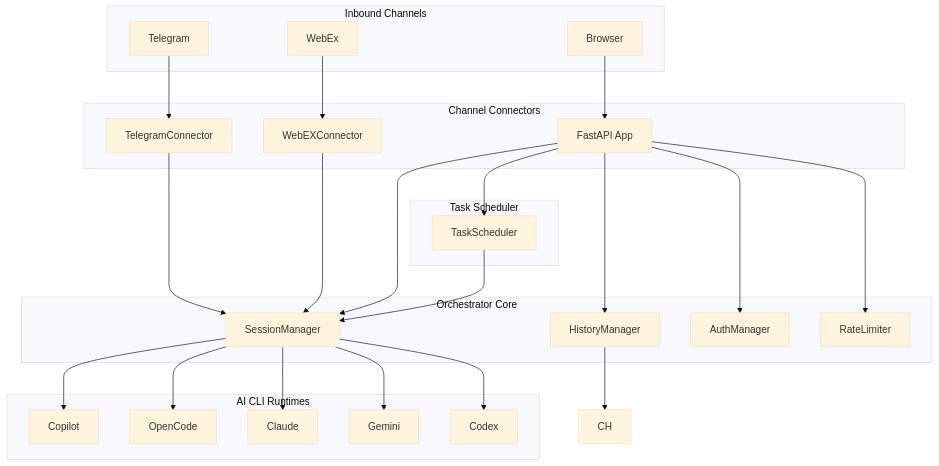
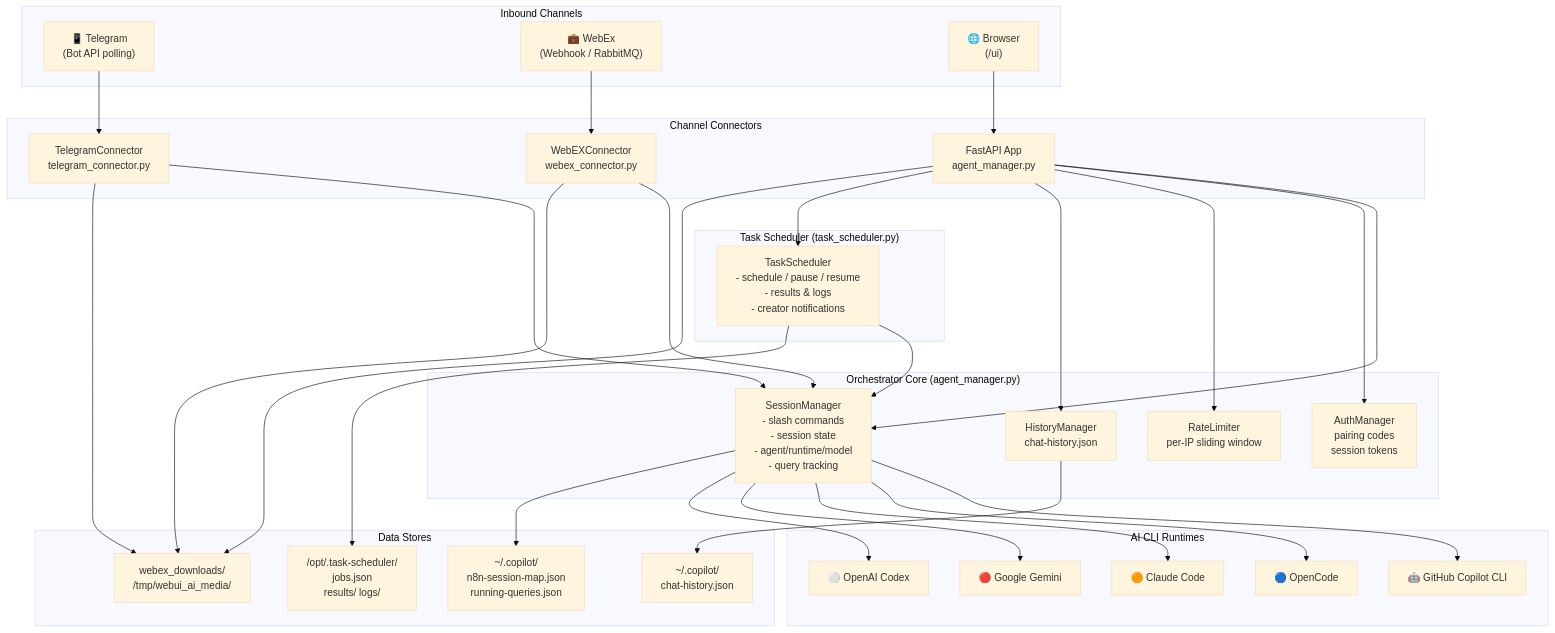
Before and after one commit to Vorce-Studios/Vorce: the first of 6 diagrams in ARCHITECTURE.md, drawn with Mermaid (base theme). The commit also changed other lines of this file, not shown here.

First line of the commit message:
Fix GitHub CI `actions/checkout` failure by removing dead `.gitmodules` entry

````diff
--- a/ARCHITECTURE.md
+++ b/ARCHITECTURE.md
@@ -44,54 +44,66 @@
 ```mermaid
 graph TB
     subgraph Inbound["Inbound Channels"]
-        TG["Telegram"]
-        WX["WebEx"]
-        BR["Browser"]
+        TG["📱 Telegram\n(Bot API polling)"]
+        WX["💼 WebEx\n(Webhook / RabbitMQ)"]
+        BR["🌐 Browser\n(/ui)"]
     end
 
     subgraph Connectors["Channel Connectors"]
-        TC["TelegramConnector"]
-        WC["WebEXConnector"]
-        FA["FastAPI App"]
+        TC["TelegramConnector\ntelegram_connector.py"]
+        WC["WebEXConnector\nwebex_connector.py"]
+        FA["FastAPI App\nagent_manager.py"]
     end
 
-    subgraph Core["Orchestrator Core"]
-        SM["SessionManager"]
-        HM["HistoryManager"]
-        AM["AuthManager"]
-        RL["RateLimiter"]
+    subgraph Core["Orchestrator Core (agent_manager.py)"]
+        SM["SessionManager\n- slash commands\n- session state\n- agent/runtime/model\n- query tracking"]
+        HM["HistoryManager\nchat-history.json"]
+        AM["AuthManager\npairing codes\nsession tokens"]
+        RL["RateLimiter\nper-IP sliding window"]
     end
 
-    subgraph Scheduler["Task Scheduler"]
-        TS["TaskScheduler"]
+    subgraph Scheduler["Task Scheduler (task_scheduler.py)"]
+        TS["TaskScheduler\n- schedule / pause / resume\n- results & logs\n- creator notifications"]
     end
 
     subgraph Runtimes["AI CLI Runtimes"]
-        CP["Copilot"]
-        OC["OpenCode"]
-        CL["Claude"]
-        GM["Gemini"]
-        CX["Codex"]
+        CP["🤖 GitHub Copilot CLI"]
+        OC["🔵 OpenCode"]
+        CL["🟠 Claude Code"]
+        GM["🔴 Google Gemini"]
+        CX["⚪ OpenAI Codex"]
+    end
+
+    subgraph Storage["Data Stores"]
+        SJ["~/.copilot/\nn8n-session-map.json\nrunning-queries.json"]
+        CH["~/.copilot/\nchat-history.json"]
+        JF["/opt/.task-scheduler/\njobs.json\nresults/  logs/"]
+        UF["webex_downloads/\n/tmp/webui_ai_media/"]
     end
 
     TG --> TC
     WX --> WC
     BR --> FA
 
     TC --> SM
     WC --> SM
     FA --> SM
     FA --> AM
     FA --> RL
     FA --> HM
     FA --> TS
 
     SM --> CP
     SM --> OC
     SM --> CL
     SM --> GM
     SM --> CX
+    SM --> SJ
 
     HM --> CH
     TS --> SM
+    TS --> JF
+    TC --> UF
+    WC --> UF
+    FA --> UF
 ```
````
